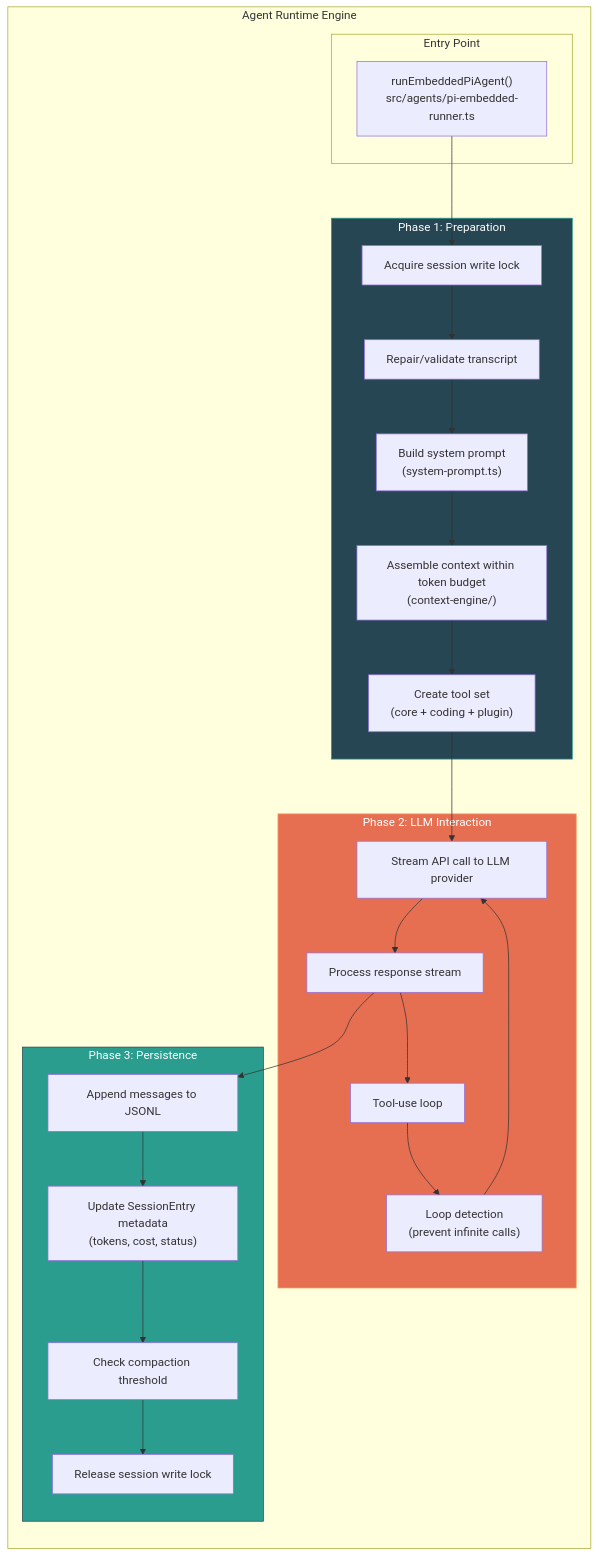
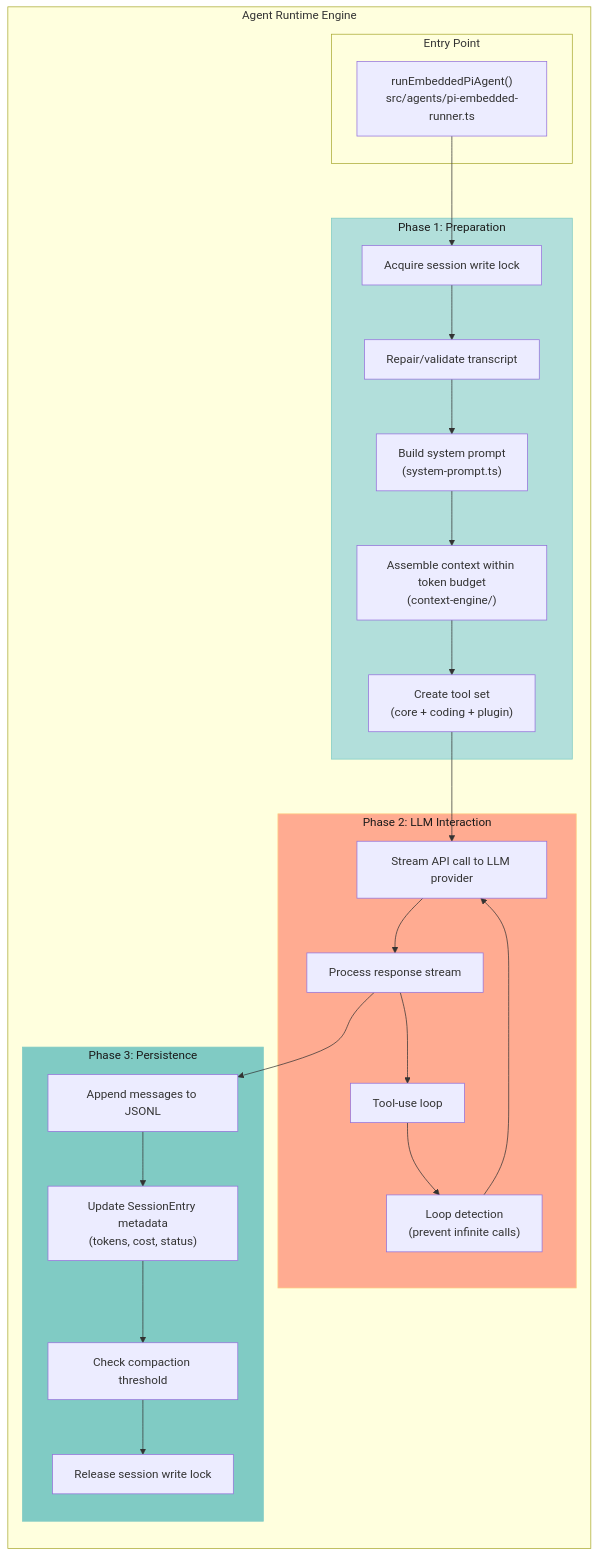
One commit to lordaouy/openclaw changed the eighth of 44 diagrams in docs/reference/technical-architecture-report.md. Above: the diagram before and after it, drawn with Mermaid. The commit also changed other lines of this file, not shown here.

First line of the commit message:
docs: replace dark Mermaid diagram colors with light readable palette

````diff
--- a/docs/reference/technical-architecture-report.md
+++ b/docs/reference/technical-architecture-report.md
@@ -531,41 +531,41 @@
 ```mermaid
 graph TB
     subgraph AgentRuntime["Agent Runtime Engine"]
         direction TB
         
         subgraph EntryPoint["Entry Point"]
             RunAgent["runEmbeddedPiAgent()\nsrc/agents/pi-embedded-runner.ts"]
         end
         
         subgraph Phase1["Phase 1: Preparation"]
             AcquireLock["Acquire session write lock"]
             ValidateTranscript["Repair/validate transcript"]
             BuildSystemPrompt["Build system prompt\n(system-prompt.ts)"]
             AssembleContext["Assemble context within token budget\n(context-engine/)"]
             CreateTools["Create tool set\n(core + coding + plugin)"]
         end
         
         subgraph Phase2["Phase 2: LLM Interaction"]
             StreamCall["Stream API call to LLM provider"]
             ProcessResponse["Process response stream"]
             ToolUse["Tool-use loop"]
             LoopDetect["Loop detection\n(prevent infinite calls)"]
         end
         
         subgraph Phase3["Phase 3: Persistence"]
             AppendJSONL["Append messages to JSONL"]
             UpdateSession["Update SessionEntry metadata\n(tokens, cost, status)"]
             CheckCompaction["Check compaction threshold"]
             ReleaseLock["Release session write lock"]
         end
     end
     
     RunAgent --> AcquireLock --> ValidateTranscript --> BuildSystemPrompt --> AssembleContext --> CreateTools
     CreateTools --> StreamCall --> ProcessResponse
     ProcessResponse --> ToolUse --> LoopDetect --> StreamCall
     ProcessResponse --> AppendJSONL --> UpdateSession --> CheckCompaction --> ReleaseLock
 
-    style Phase1 fill:#264653,stroke:#2a9d8f,color:white
-    style Phase2 fill:#e76f51,stroke:#f4a261,color:white
-    style Phase3 fill:#2a9d8f,stroke:#264653,color:white
+    style Phase1 fill:#b2dfdb,stroke:#80cbc4,color:#1a1a1a
+    style Phase2 fill:#ffab91,stroke:#ffcc80,color:#1a1a1a
+    style Phase3 fill:#80cbc4,stroke:#80cbc4,color:#1a1a1a
 ```
````
